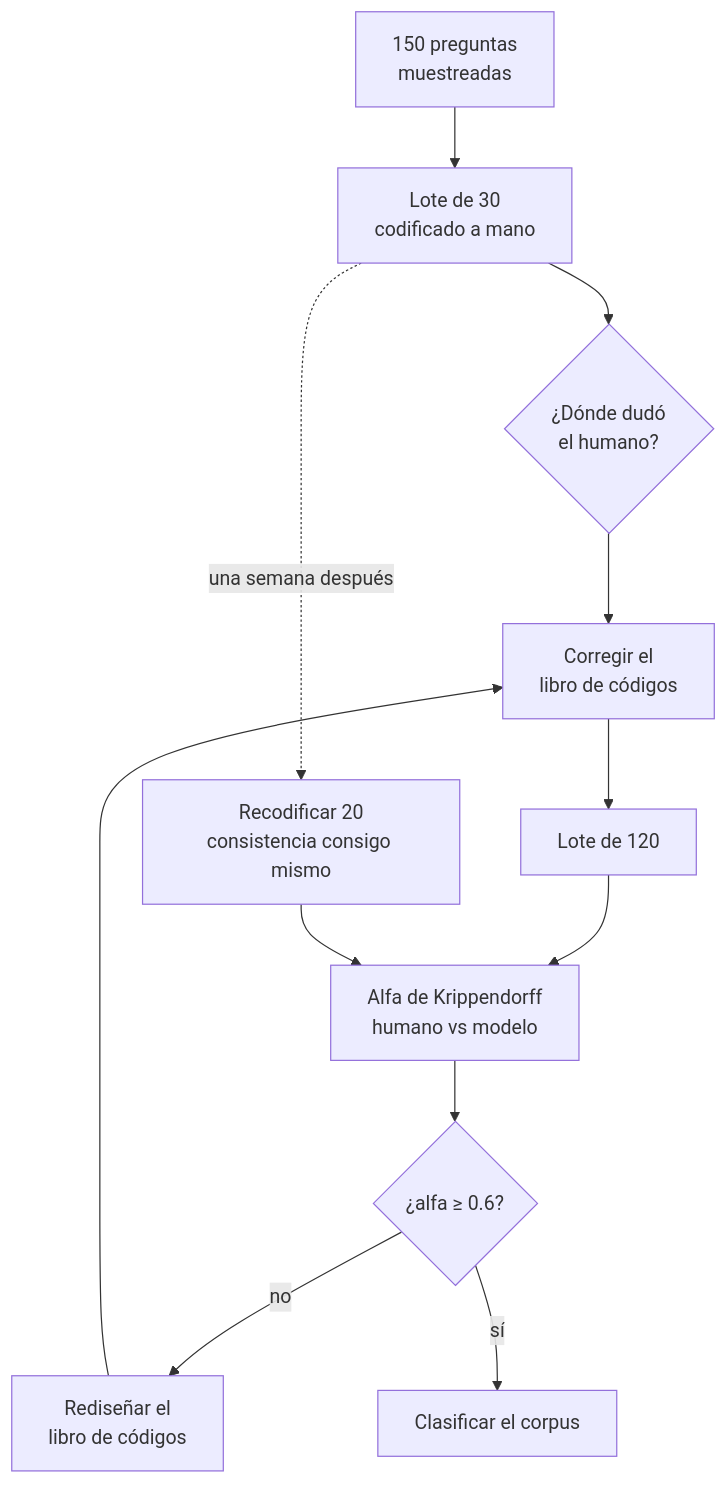
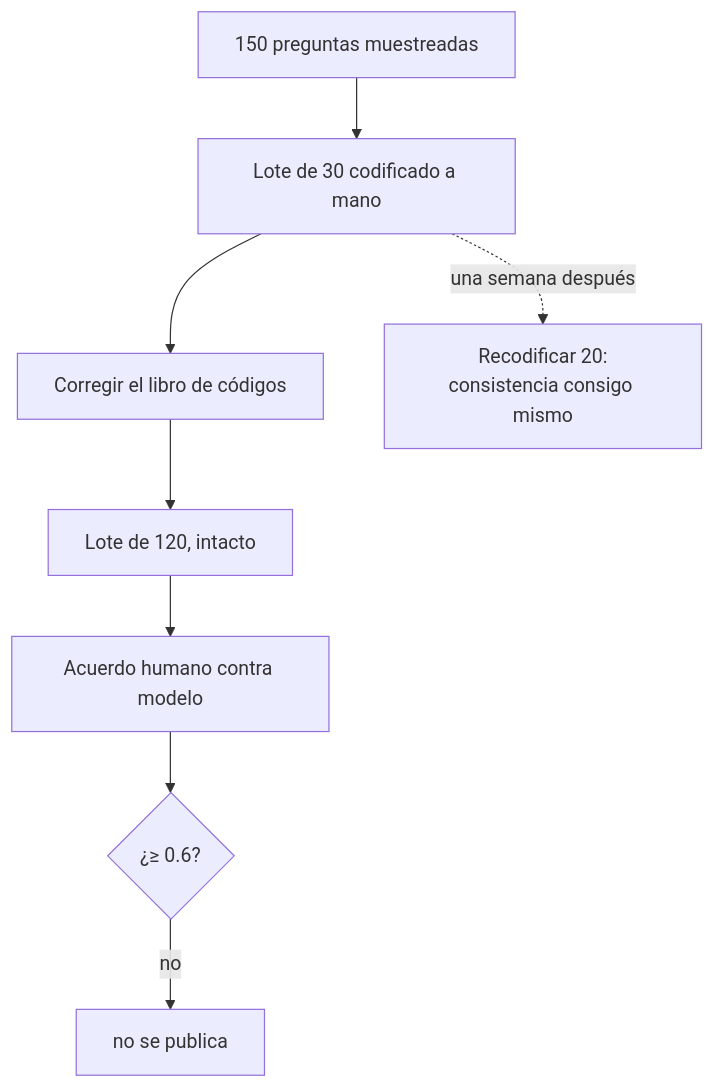
The third of 3 diagrams in README.md (jmtoral/preguntas-mananera), drawn with Mermaid before and after one commit. The commit also changed other lines of this file, not shown here.

````diff
--- a/README.md
+++ b/README.md
@@ -159,14 +283,10 @@
 ```mermaid
 flowchart TD
-    A["150 preguntas<br/>muestreadas"] --> B["Lote de 30<br/>codificado a mano"]
-    B --> C{"¿Dónde dudó<br/>el humano?"}
-    C --> D["Corregir el<br/>libro de códigos"]
-    D --> E["Lote de 120"]
-    B -.->|"una semana después"| F["Recodificar 20<br/>consistencia consigo mismo"]
-    E --> G["Alfa de Krippendorff<br/>humano vs modelo"]
-    F --> G
-    G --> H{"¿alfa ≥ 0.6?"}
-    H -->|no| I["Rediseñar el<br/>libro de códigos"]
-    H -->|sí| J["Clasificar el corpus"]
-    I --> D
+    A["150 preguntas muestreadas"] --> B["Lote de 30 codificado a mano"]
+    B --> D["Corregir el libro de códigos"]
+    D --> E["Lote de 120, intacto"]
+    B -.->|"una semana después"| F["Recodificar 20:<br/>consistencia consigo mismo"]
+    E --> G["Acuerdo humano contra modelo"]
+    G --> H{"¿≥ 0.6?"}
+    H -->|no| X["no se publica"]
 ```
````
